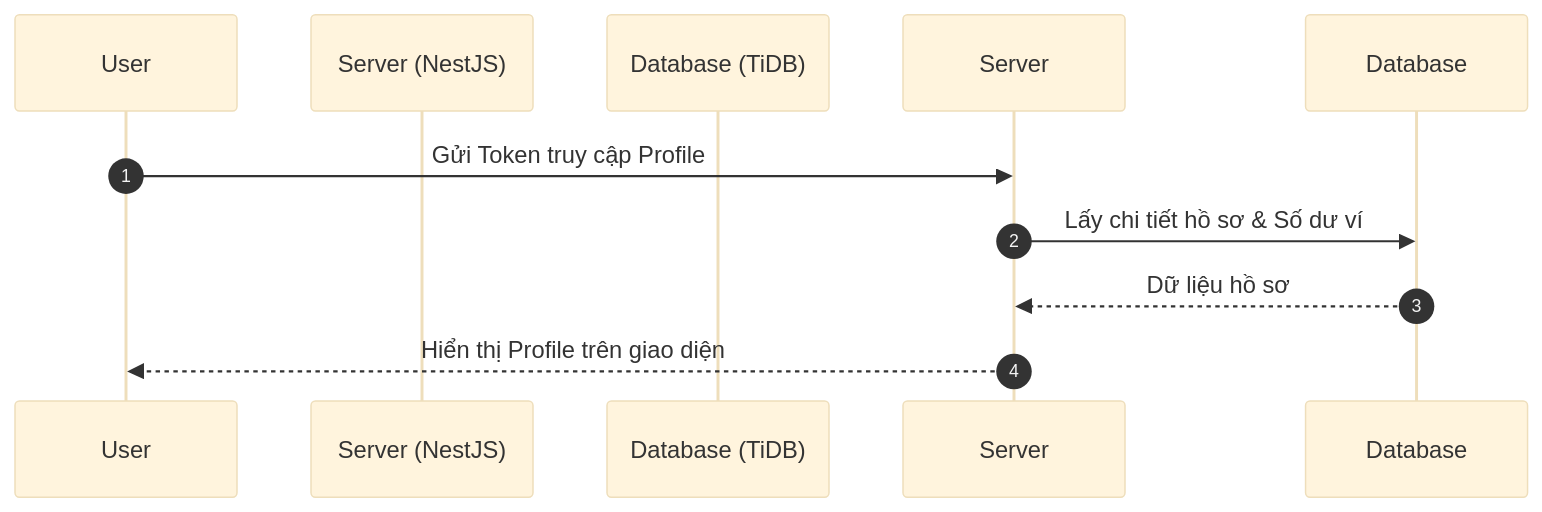
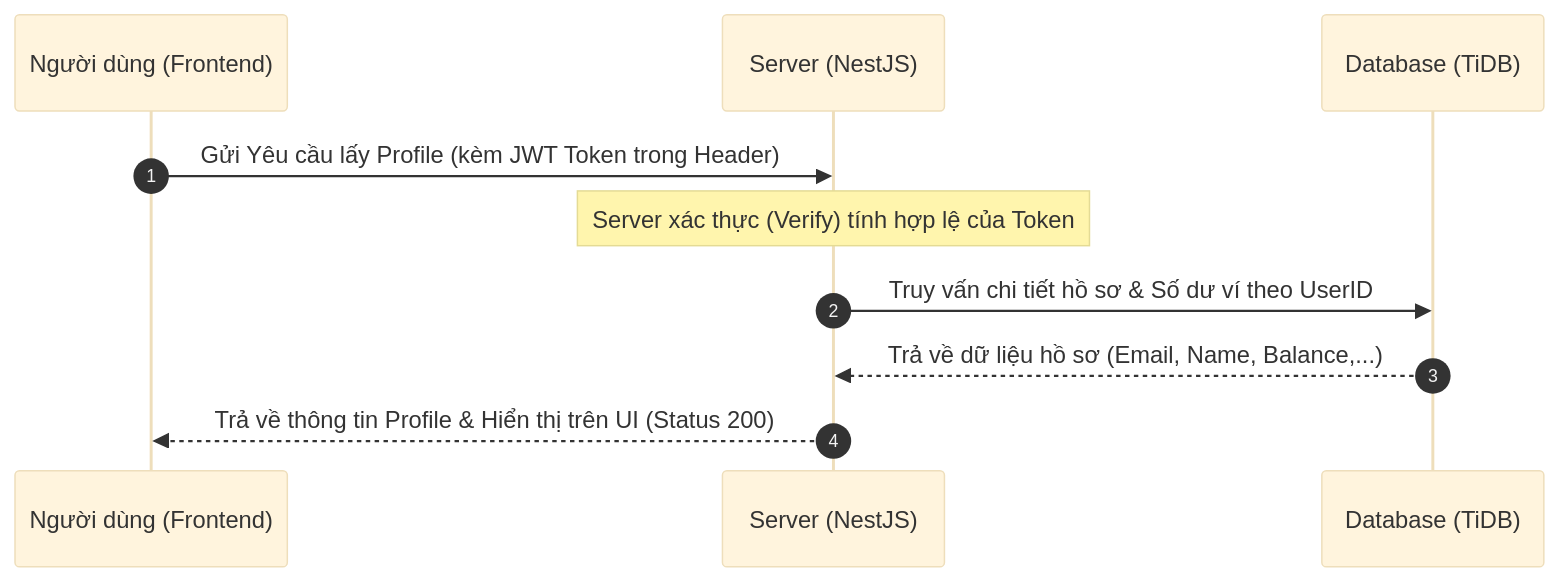
The third of 25 diagrams in doc.md (Loisori/SCI-ITF-Canhan42_TrinhSuTruongThi), drawn with Mermaid (base theme) before and after one commit. The commit also changed other lines of this file and 1 other file, not shown here.

````diff
--- a/doc.md
+++ b/doc.md
@@ -1116,12 +1152,16 @@
 ```mermaid
 sequenceDiagram
     autonumber
-    participant U as User
+    participant U as Người dùng (Frontend)
     participant S as Server (NestJS)
     participant D as Database (TiDB)
 
-    U->>Server: Gửi Token truy cập Profile
-    Server->>Database: Lấy chi tiết hồ sơ & Số dư ví
-    Database-->>Server: Dữ liệu hồ sơ
-    Server-->>U: Hiển thị Profile trên giao diện
+    U->>S: Gửi Yêu cầu lấy Profile (kèm JWT Token trong Header)
+    
+    Note over S: Server xác thực (Verify) tính hợp lệ của Token
+    
+    S->>D: Truy vấn chi tiết hồ sơ & Số dư ví theo UserID
+    D-->>S: Trả về dữ liệu hồ sơ (Email, Name, Balance,...)
+    
+    S-->>U: Trả về thông tin Profile & Hiển thị trên UI (Status 200)
 ```
````
